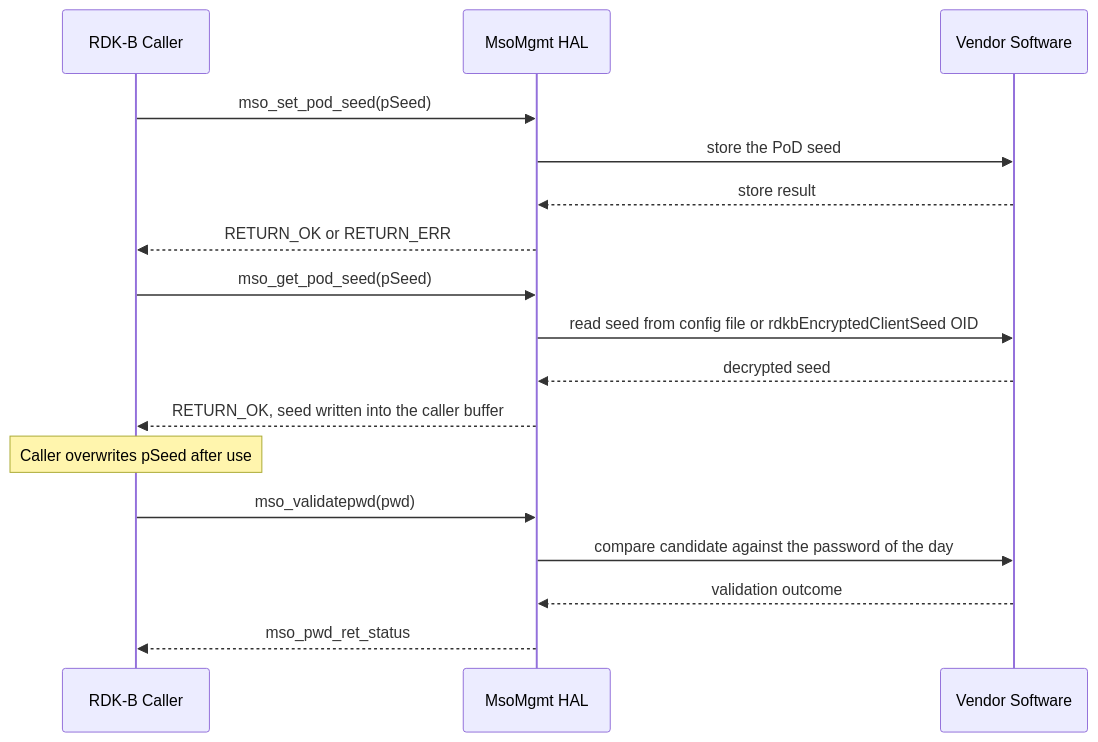
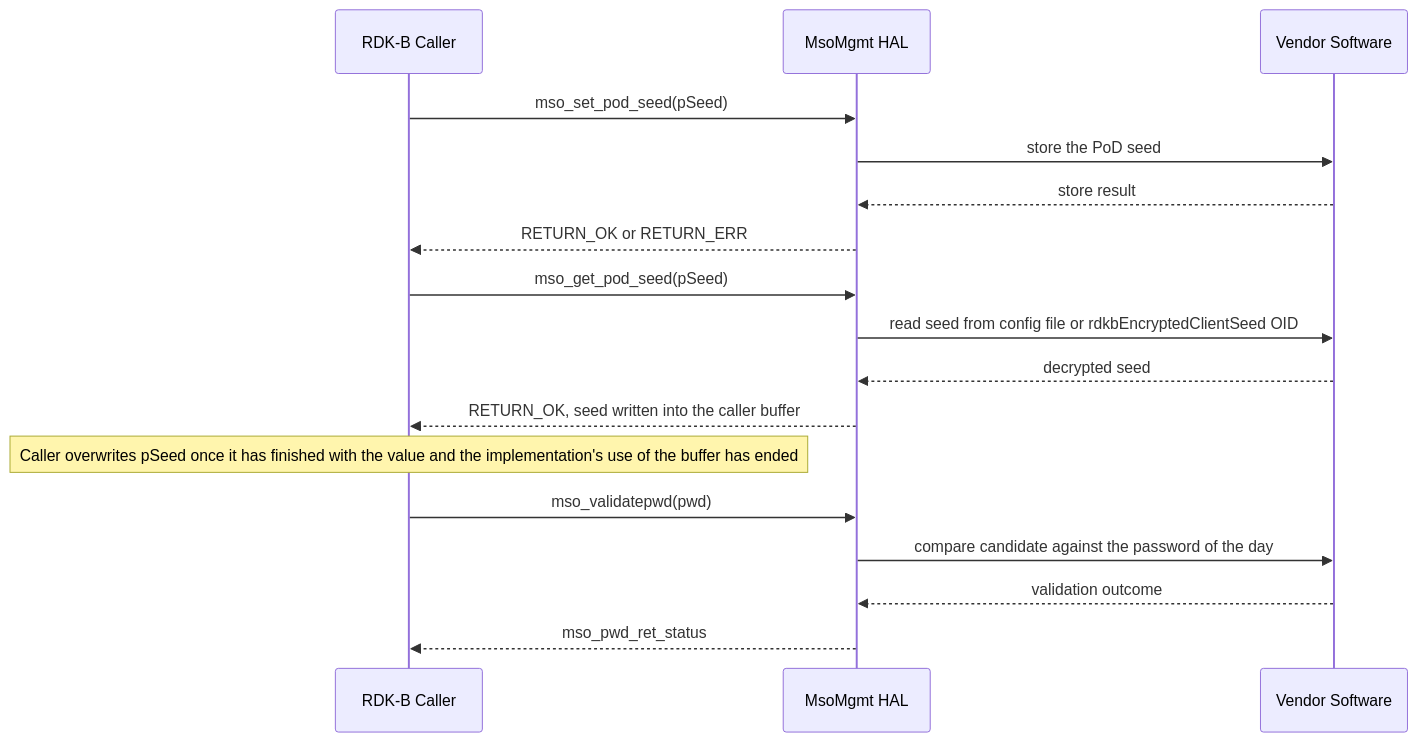
Before and after one commit to Blitzy-Sky/rdkb-halif-mso: the second of 2 diagrams in docs/pages/halSpec.md, drawn with Mermaid. The commit also changed other lines of this file and 1 other file, not shown here.

````diff
--- a/docs/pages/halSpec.md
+++ b/docs/pages/halSpec.md
@@ -353,19 +372,19 @@
 ```mermaid
 sequenceDiagram
     participant Caller as RDK-B Caller
     participant HAL as MsoMgmt HAL
     participant Vendor as Vendor Software
     Caller->>HAL: mso_set_pod_seed(pSeed)
     HAL->>Vendor: store the PoD seed
     Vendor-->>HAL: store result
     HAL-->>Caller: RETURN_OK or RETURN_ERR
     Caller->>HAL: mso_get_pod_seed(pSeed)
     HAL->>Vendor: read seed from config file or rdkbEncryptedClientSeed OID
     Vendor-->>HAL: decrypted seed
     HAL-->>Caller: RETURN_OK, seed written into the caller buffer
-    Note over Caller: Caller overwrites pSeed after use
+    Note over Caller: Caller overwrites pSeed once it has finished with the value and the implementation's use of the buffer has ended
     Caller->>HAL: mso_validatepwd(pwd)
     HAL->>Vendor: compare candidate against the password of the day
     Vendor-->>HAL: validation outcome
     HAL-->>Caller: mso_pwd_ret_status
 ```
````
